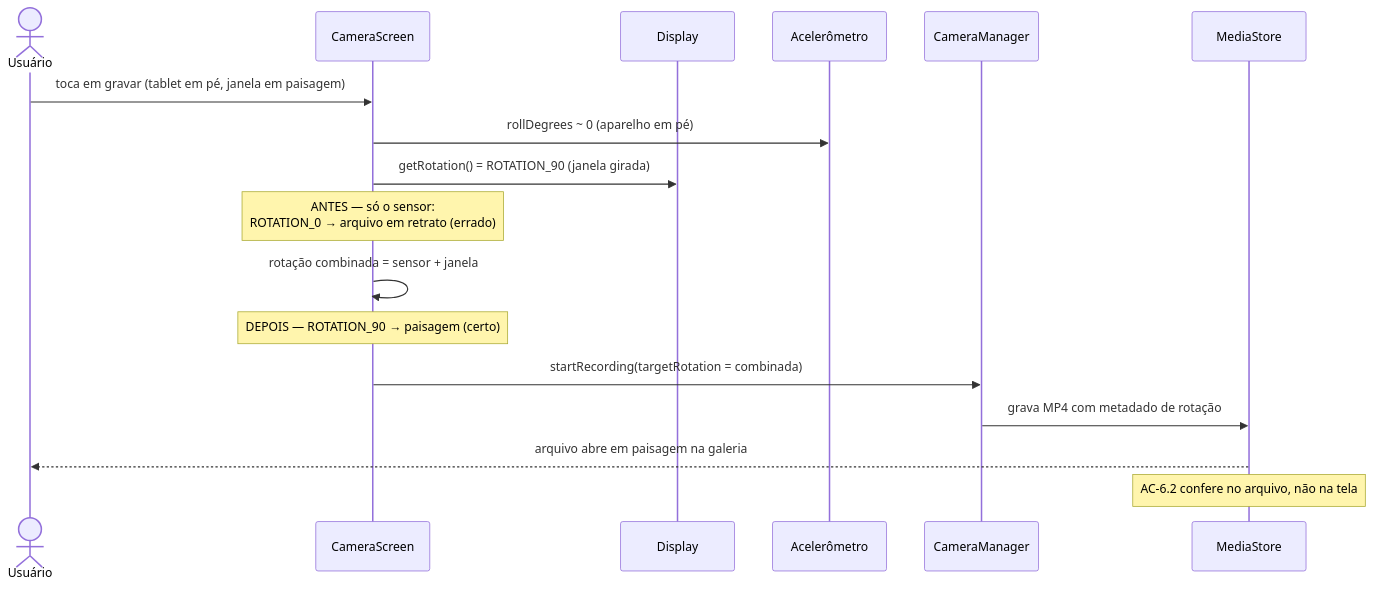
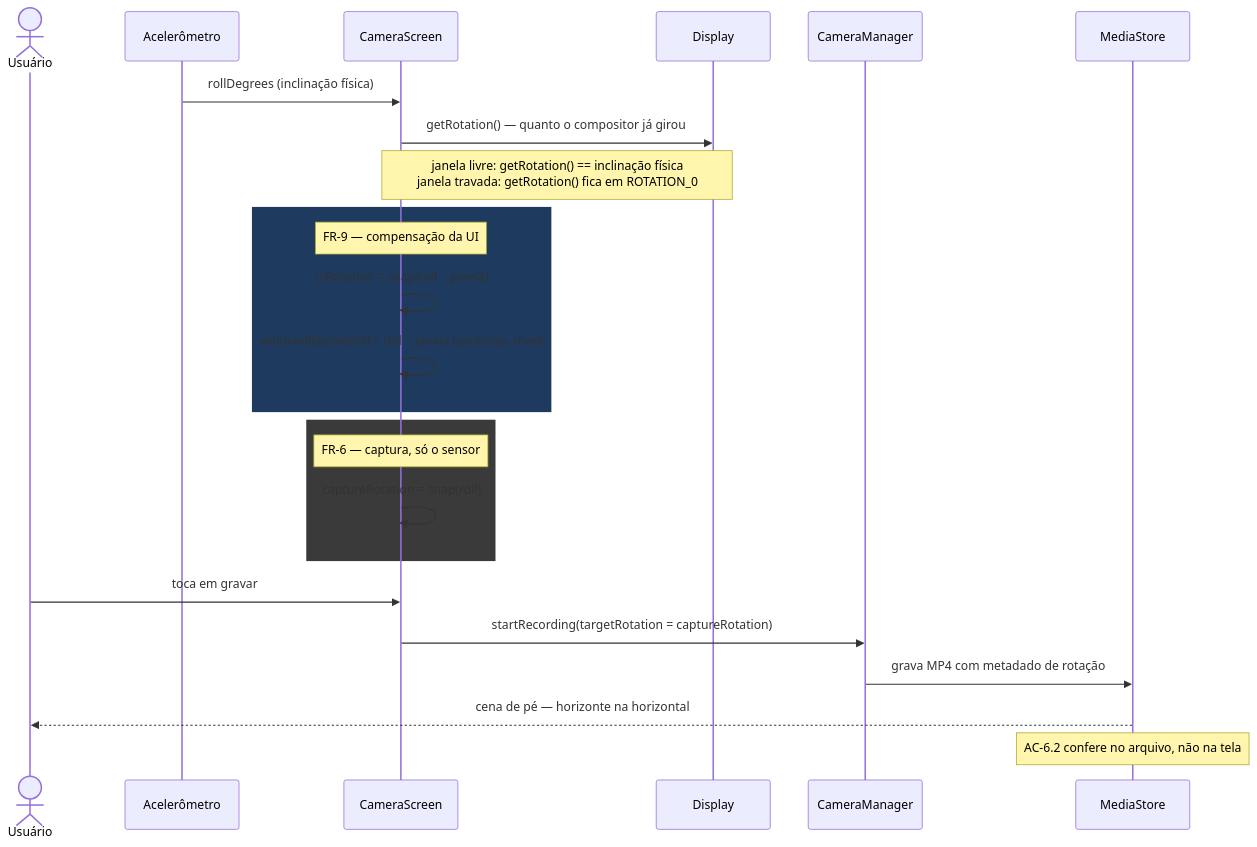
One commit to alvesmaicon/space-camera changed the fifth of 7 diagrams in specs/2026-08-03-adaptive-layout/design.md. Above: the diagram before and after it, drawn with Mermaid. The commit also changed other lines of this file and 7 other files, not shown here.

````diff
--- a/specs/2026-08-03-adaptive-layout/design.md
+++ b/specs/2026-08-03-adaptive-layout/design.md
@@ -192,20 +209,30 @@
 ```mermaid
 sequenceDiagram
     actor U as Usuário
+    participant A as Acelerômetro
     participant CS as CameraScreen
     participant D as Display
-    participant A as Acelerômetro
     participant CM as CameraManager
     participant MS as MediaStore
 
-    U->>CS: toca em gravar (tablet em pé, janela em paisagem)
-    CS->>A: rollDegrees ~ 0 (aparelho em pé)
-    CS->>D: getRotation() = ROTATION_90 (janela girada)
-    Note over CS: ANTES — só o sensor:<br/>ROTATION_0 → arquivo em retrato (errado)
-    CS->>CS: rotação combinada = sensor + janela
-    Note over CS: DEPOIS — ROTATION_90 → paisagem (certo)
-    CS->>CM: startRecording(targetRotation = combinada)
+    A->>CS: rollDegrees (inclinação física)
+    CS->>D: getRotation() — quanto o compositor já girou
+    Note over CS,D: janela livre: getRotation() == inclinação física<br/>janela travada: getRotation() fica em ROTATION_0
+
+    rect rgb(30, 58, 95)
+        Note over CS: FR-9 — compensação da UI
+        CS->>CS: uiRotation = snap(roll − janela)
+        CS->>CS: windowRelativeRoll = roll − janela (contínuo, nível)
+    end
+
+    rect rgb(58, 58, 58)
+        Note over CS: FR-6 — captura, só o sensor
+        CS->>CS: captureRotation = snap(roll)
+    end
+
+    U->>CS: toca em gravar
+    CS->>CM: startRecording(targetRotation = captureRotation)
     CM->>MS: grava MP4 com metadado de rotação
-    MS-->>U: arquivo abre em paisagem na galeria
+    MS-->>U: cena de pé — horizonte na horizontal
     Note over MS: AC-6.2 confere no arquivo, não na tela
 ```
````
